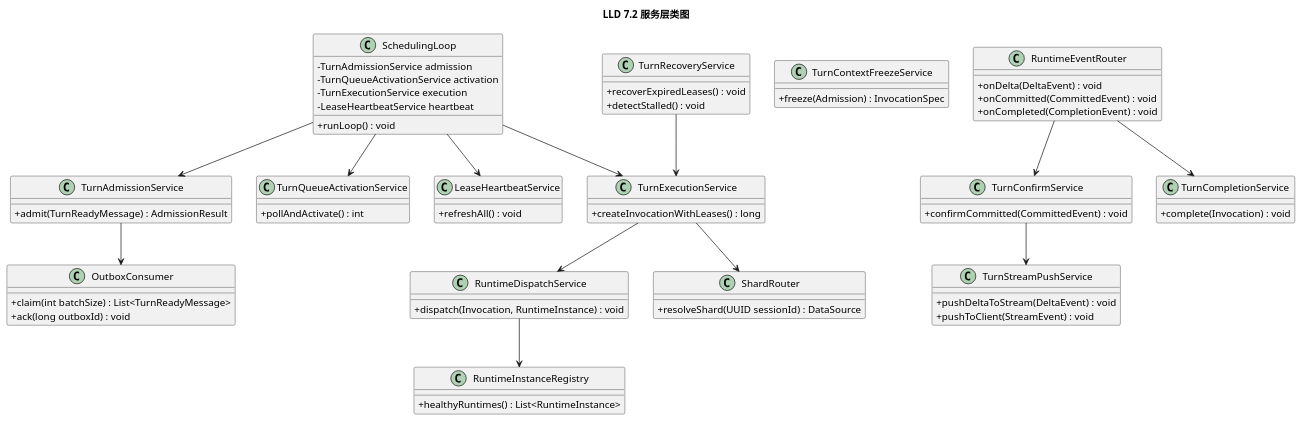
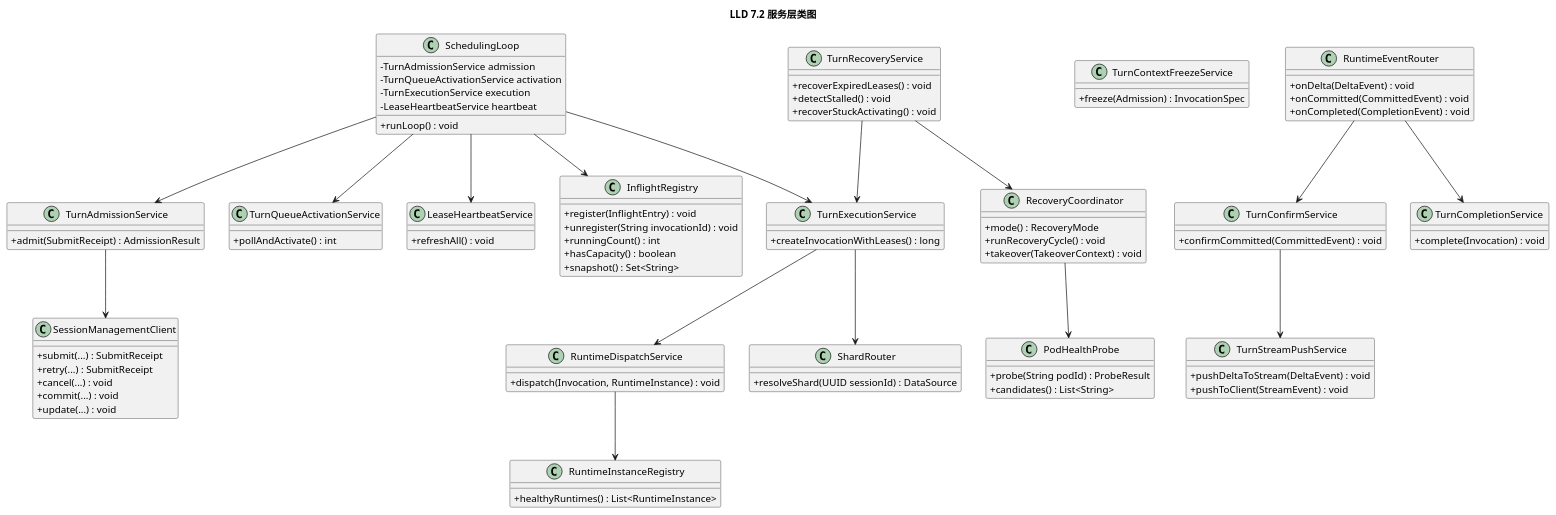
Before and after one commit to JamesLi-NLP/AgentGateway: the ninth of 9 diagrams in design/diagrams/plantuml/turn-scheduler-lld.puml, drawn with PlantUML. The commit also changed other lines of this file and 13 other files, not shown here.

```diff
--- a/design/diagrams/plantuml/turn-scheduler-lld.puml
+++ b/design/diagrams/plantuml/turn-scheduler-lld.puml
@@ -223,74 +235,97 @@
 @startuml lld-72-class-service
 title LLD 7.2 服务层类图
 skinparam backgroundColor white
 skinparam defaultFontName "Microsoft YaHei"
 skinparam classAttributeIconSize 0
 
 class SchedulingLoop {
   - TurnAdmissionService admission
   - TurnQueueActivationService activation
   - TurnExecutionService execution
   - LeaseHeartbeatService heartbeat
   + runLoop() : void
 }
 class TurnAdmissionService {
-  + admit(TurnReadyMessage) : AdmissionResult
+  + admit(SubmitReceipt) : AdmissionResult
 }
-class OutboxConsumer {
-  + claim(int batchSize) : List<TurnReadyMessage>
-  + ack(long outboxId) : void
+class SessionManagementClient {
+  + submit(...) : SubmitReceipt
+  + retry(...) : SubmitReceipt
+  + cancel(...) : void
+  + commit(...) : void
+  + update(...) : void
 }
 class TurnQueueActivationService {
   + pollAndActivate() : int
 }
 class TurnContextFreezeService {
   + freeze(Admission) : InvocationSpec
 }
 class TurnExecutionService {
   + createInvocationWithLeases() : long
 }
 class RuntimeDispatchService {
   + dispatch(Invocation, RuntimeInstance) : void
 }
 class RuntimeEventRouter {
   + onDelta(DeltaEvent) : void
   + onCommitted(CommittedEvent) : void
   + onCompleted(CompletionEvent) : void
 }
 class TurnConfirmService {
   + confirmCommitted(CommittedEvent) : void
 }
 class TurnCompletionService {
   + complete(Invocation) : void
 }
 class LeaseHeartbeatService {
   + refreshAll() : void
 }
 class TurnRecoveryService {
   + recoverExpiredLeases() : void
   + detectStalled() : void
+  + recoverStuckActivating() : void
+}
+class RecoveryCoordinator {
+  + mode() : RecoveryMode
+  + runRecoveryCycle() : void
+  + takeover(TakeoverContext) : void
+}
+class PodHealthProbe {
+  + probe(String podId) : ProbeResult
+  + candidates() : List<String>
+}
+class InflightRegistry {
+  + register(InflightEntry) : void
+  + unregister(String invocationId) : void
+  + runningCount() : int
+  + hasCapacity() : boolean
+  + snapshot() : Set<String>
 }
 class TurnStreamPushService {
   + pushDeltaToStream(DeltaEvent) : void
   + pushToClient(StreamEvent) : void
 }
 class RuntimeInstanceRegistry {
   + healthyRuntimes() : List<RuntimeInstance>
 }
 class ShardRouter {
   + resolveShard(UUID sessionId) : DataSource
 }
 
 SchedulingLoop --> TurnAdmissionService
-TurnAdmissionService --> OutboxConsumer
+TurnAdmissionService --> SessionManagementClient
 SchedulingLoop --> TurnQueueActivationService
 SchedulingLoop --> TurnExecutionService
 SchedulingLoop --> LeaseHeartbeatService
 TurnExecutionService --> RuntimeDispatchService
 RuntimeDispatchService --> RuntimeInstanceRegistry
 RuntimeEventRouter --> TurnConfirmService
 RuntimeEventRouter --> TurnCompletionService
 TurnConfirmService --> TurnStreamPushService
 TurnRecoveryService --> TurnExecutionService
+TurnRecoveryService --> RecoveryCoordinator
+RecoveryCoordinator --> PodHealthProbe
+SchedulingLoop --> InflightRegistry
 TurnExecutionService --> ShardRouter
 @enduml
```
